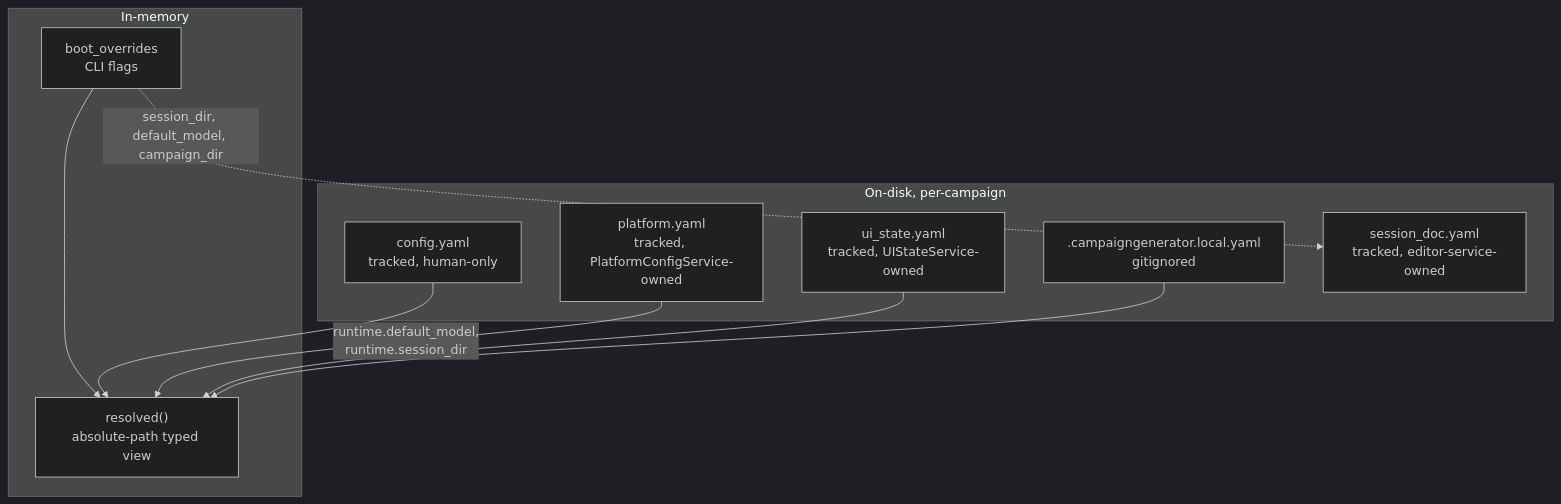
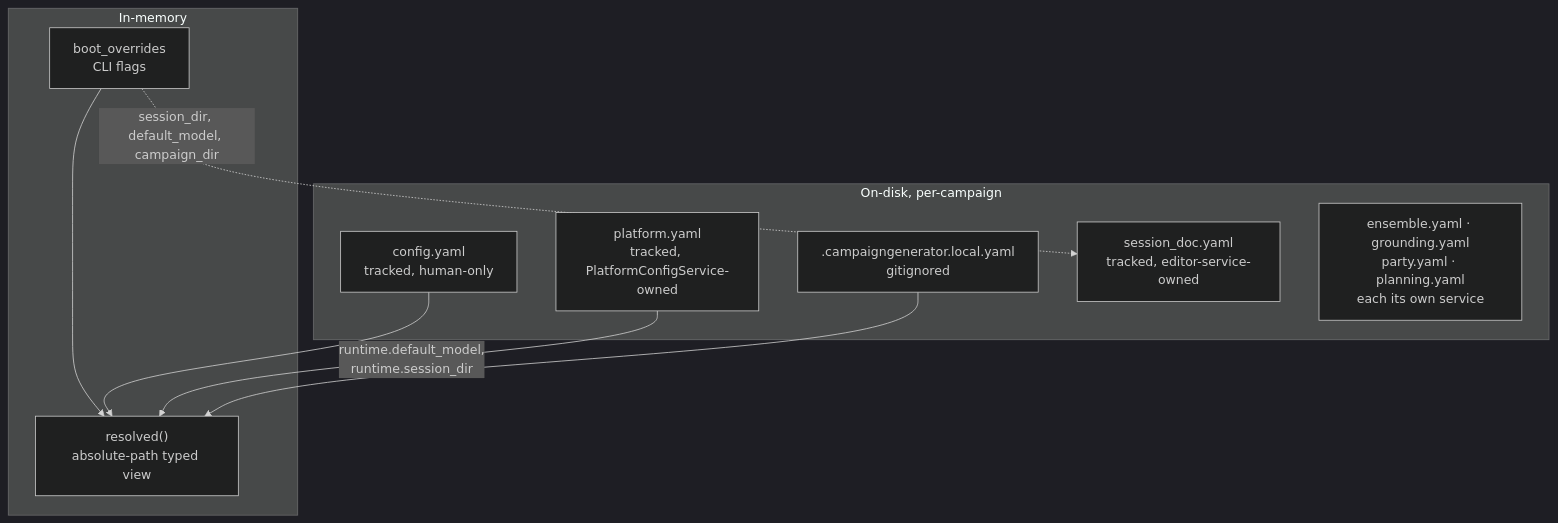
Before and after one commit to kostadis/CampaignGenerator: the diagram in docs/config/schema.md, drawn with Mermaid (dark theme). The commit also changed other lines of this file and 13 other files, not shown here.

````diff
--- a/docs/config/schema.md
+++ b/docs/config/schema.md
@@ -16,20 +19,19 @@
 ```mermaid
 flowchart TB
   subgraph disk[On-disk, per-campaign]
     CY["config.yaml<br/>tracked, human-only"]
     PY["platform.yaml<br/>tracked, PlatformConfigService-owned"]
-    US["ui_state.yaml<br/>tracked, UIStateService-owned"]
     LC[".campaigngenerator.local.yaml<br/>gitignored"]
     SD["session_doc.yaml<br/>tracked, editor-service-owned"]
+    EN["ensemble.yaml · grounding.yaml<br/>party.yaml · planning.yaml<br/>each its own service"]
   end
   subgraph mem[In-memory]
     BO["boot_overrides<br/>CLI flags"]
     RES["resolved()<br/>absolute-path typed view"]
   end
   CY --> RES
   PY -->|runtime.default_model,<br/>runtime.session_dir| RES
-  US --> RES
   BO --> RES
   LC --> RES
   BO -.->|session_dir, default_model, campaign_dir| SD
 ```
````
